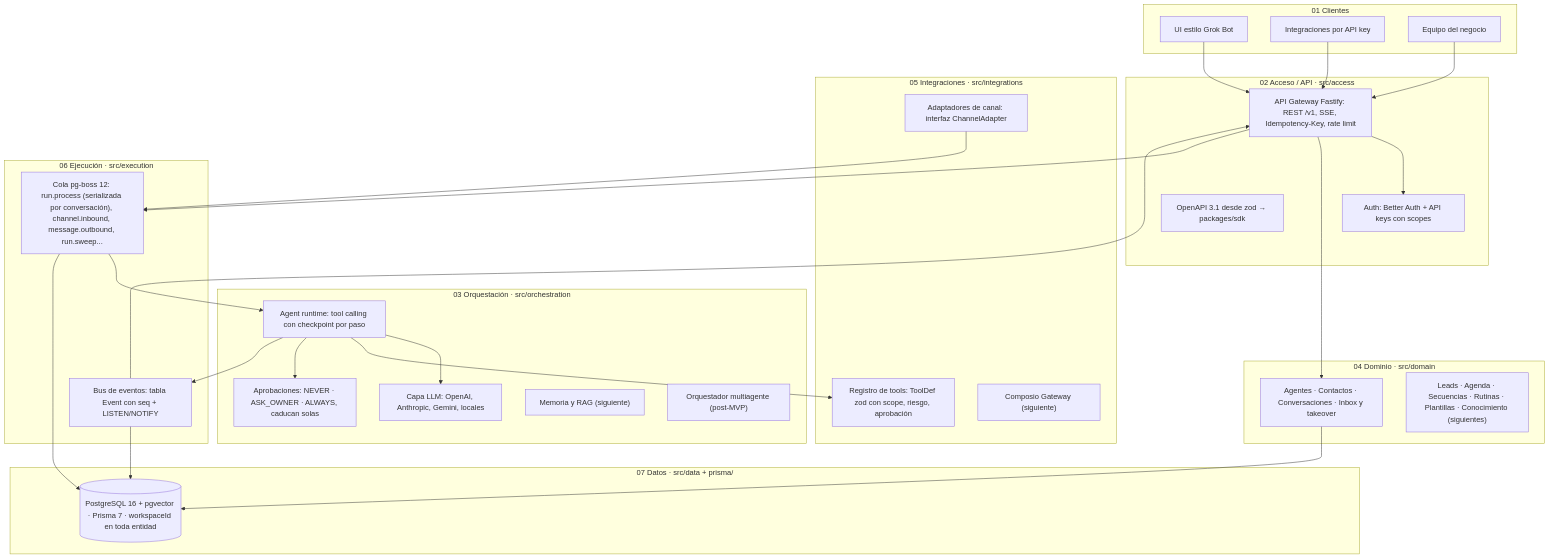
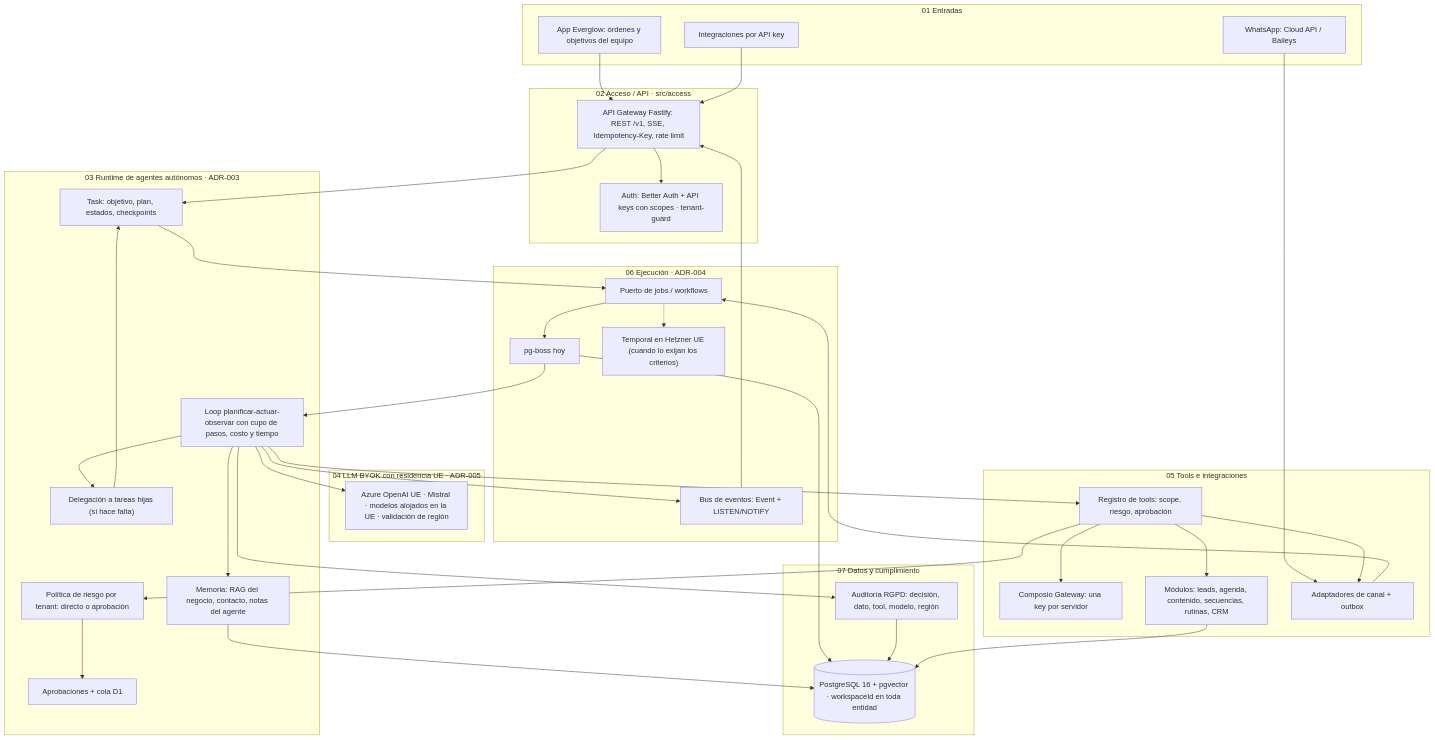
One commit to Roberto-Yanes/SuperAgents changed the first of 4 diagrams in docs/ARCHITECTURE.md. Above: the diagram before and after it, drawn with Mermaid.

Commit message:
docs: diagrama de arquitectura con runtime autónomo, LLM UE y puerto de jobs

````diff
--- a/docs/ARCHITECTURE.md
+++ b/docs/ARCHITECTURE.md
@@ -15,52 +15,66 @@
 ```mermaid
 flowchart TB
-  subgraph C01["01 Clientes"]
-    UI["UI estilo Grok Bot"]
+  subgraph C01["01 Entradas"]
+    APP["App Everglow: órdenes y objetivos del equipo"]
+    WA["WhatsApp: Cloud API / Baileys"]
     INT["Integraciones por API key"]
-    TEAM["Equipo del negocio"]
   end
   subgraph C02["02 Acceso / API · src/access"]
     GW["API Gateway Fastify: REST /v1, SSE, Idempotency-Key, rate limit"]
-    AUTH["Auth: Better Auth + API keys con scopes"]
-    OAS["OpenAPI 3.1 desde zod → packages/sdk"]
+    AUTH["Auth: Better Auth + API keys con scopes · tenant-guard"]
   end
-  subgraph C03["03 Orquestación · src/orchestration"]
-    RT["Agent runtime: tool calling con checkpoint por paso"]
-    APR["Aprobaciones: NEVER · ASK_OWNER · ALWAYS, caducan solas"]
-    LLM["Capa LLM: OpenAI, Anthropic, Gemini, locales"]
-    MEM["Memoria y RAG (siguiente)"]
-    ORC["Orquestador multiagente (post-MVP)"]
+  subgraph C03["03 Runtime de agentes autónomos · ADR-003"]
+    TASK["Task: objetivo, plan, estados, checkpoints"]
+    LOOP["Loop planificar-actuar-observar con cupo de pasos, costo y tiempo"]
+    RISK["Política de riesgo por tenant: directo o aprobación"]
+    APR["Aprobaciones + cola D1"]
+    MEM["Memoria: RAG del negocio, contacto, notas del agente"]
+    DEL["Delegación a tareas hijas (si hace falta)"]
   end
-  subgraph C04["04 Dominio · src/domain"]
-    DOM["Agentes · Contactos · Conversaciones · Inbox y takeover"]
-    DOM2["Leads · Agenda · Secuencias · Rutinas · Plantillas · Conocimiento (siguientes)"]
+  subgraph C04["04 LLM BYOK con residencia UE · ADR-005"]
+    LLM["Azure OpenAI UE · Mistral · modelos alojados en la UE · validación de región"]
   end
-  subgraph C05["05 Integraciones · src/integrations"]
-    TR["Registro de tools: ToolDef zod con scope, riesgo, aprobación"]
-    CH["Adaptadores de canal: interfaz ChannelAdapter"]
-    CG["Composio Gateway (siguiente)"]
+  subgraph C05["05 Tools e integraciones"]
+    TR["Registro de tools: scope, riesgo, aprobación"]
+    CG["Composio Gateway: una key por servidor"]
+    DOM["Módulos: leads, agenda, contenido, secuencias, rutinas, CRM"]
+    CH["Adaptadores de canal + outbox"]
   end
-  subgraph C06["06 Ejecución · src/execution"]
-    Q["Cola pg-boss 12: run.process (serializada por conversación), channel.inbound, message.outbound, run.sweep..."]
-    BUS["Bus de eventos: tabla Event con seq + LISTEN/NOTIFY"]
+  subgraph C06["06 Ejecución · ADR-004"]
+    PORT["Puerto de jobs / workflows"]
+    Q["pg-boss hoy"]
+    TMP["Temporal en Hetzner UE (cuando lo exijan los criterios)"]
+    BUS["Bus de eventos: Event + LISTEN/NOTIFY"]
   end
-  subgraph C07["07 Datos · src/data + prisma/"]
-    PG[("PostgreSQL 16 + pgvector · Prisma 7 · workspaceId en toda entidad")]
+  subgraph C07["07 Datos y cumplimiento"]
+    PG[("PostgreSQL 16 + pgvector · workspaceId en toda entidad")]
+    AUD["Auditoría RGPD: decisión, dato, tool, modelo, región"]
   end
-  UI --> GW
+  APP --> GW
   INT --> GW
-  TEAM --> GW
+  WA --> CH
+  CH --> PORT
   GW --> AUTH
-  GW --> DOM
-  GW --> Q
-  Q --> RT
-  RT --> LLM
-  RT --> TR
-  RT --> APR
-  RT --> BUS
+  GW --> TASK
+  TASK --> PORT
+  PORT --> Q
+  PORT -.-> TMP
+  Q --> LOOP
+  LOOP --> LLM
+  LOOP --> MEM
+  LOOP --> TR
+  TR --> RISK
+  RISK --> APR
+  TR --> CG
+  TR --> DOM
+  TR --> CH
+  LOOP --> DEL
+  DEL --> TASK
+  LOOP --> BUS
+  LOOP --> AUD
   BUS --> GW
-  CH --> Q
+  Q --> PG
+  MEM --> PG
+  AUD --> PG
   DOM --> PG
-  Q --> PG
-  BUS --> PG
 ```
````
